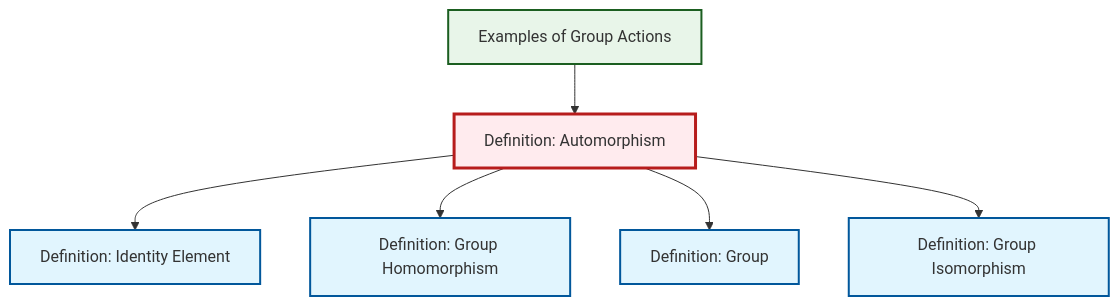
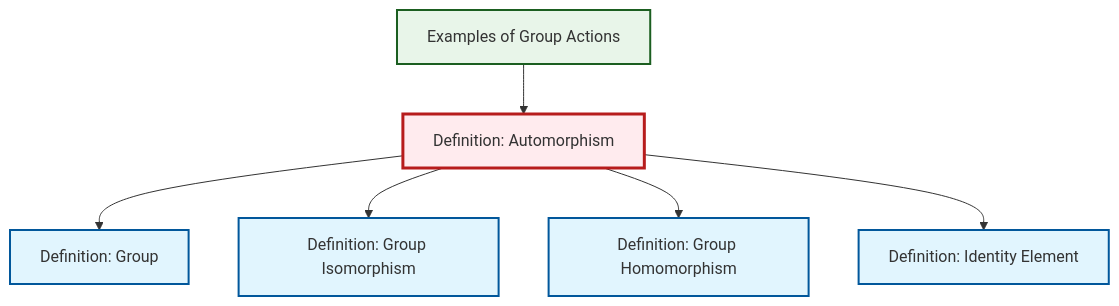
One commit to RK0429/ModernMath changed the diagram in content/ja/algebra/def-automorphism.qmd. Above: the diagram before and after it, drawn with Mermaid. The commit also changed other lines of this file and 619 other files, not shown here.

````diff
--- a/content/ja/algebra/def-automorphism.qmd
+++ b/content/ja/algebra/def-automorphism.qmd
@@ -101,26 +101,26 @@
 ```{mermaid}
 %%| fig-cap: "Local dependency graph"
 graph TD
     classDef definition fill:#e1f5fe,stroke:#01579b,stroke-width:2px
     classDef theorem fill:#f3e5f5,stroke:#4a148c,stroke-width:2px
     classDef axiom fill:#fff3e0,stroke:#e65100,stroke-width:2px
     classDef example fill:#e8f5e9,stroke:#1b5e20,stroke-width:2px
     classDef current fill:#ffebee,stroke:#b71c1c,stroke-width:3px
-    def-identity-element["Definition: Identity Element"]:::definition
+    def-group["Definition: Group"]:::definition
+    def-isomorphism["Definition: Group Isomorphism"]:::definition
+    def-automorphism["Definition: Automorphism"]:::definition
     def-homomorphism["Definition: Group Homomorphism"]:::definition
     ex-group-action-examples["Examples of Group Actions"]:::example
-    def-automorphism["Definition: Automorphism"]:::definition
-    def-isomorphism["Definition: Group Isomorphism"]:::definition
-    def-group["Definition: Group"]:::definition
-    def-automorphism --> def-identity-element
-    def-automorphism --> def-homomorphism
+    def-identity-element["Definition: Identity Element"]:::definition
     def-automorphism --> def-group
     def-automorphism --> def-isomorphism
+    def-automorphism --> def-homomorphism
+    def-automorphism --> def-identity-element
     ex-group-action-examples --> def-automorphism
     class def-automorphism current
-    click def-identity-element "def-identity-element.html" "Definition: Identity Elementへ"
+    click def-group "def-group.html" "Definition: Groupへ"
+    click def-isomorphism "def-isomorphism.html" "Definition: Group Isomorphismへ"
     click def-homomorphism "def-homomorphism.html" "Definition: Group Homomorphismへ"
     click ex-group-action-examples "ex-group-action-examples.html" "Examples of Group Actionsへ"
-    click def-isomorphism "def-isomorphism.html" "Definition: Group Isomorphismへ"
-    click def-group "def-group.html" "Definition: Groupへ"
+    click def-identity-element "def-identity-element.html" "Definition: Identity Elementへ"
 ```
````
